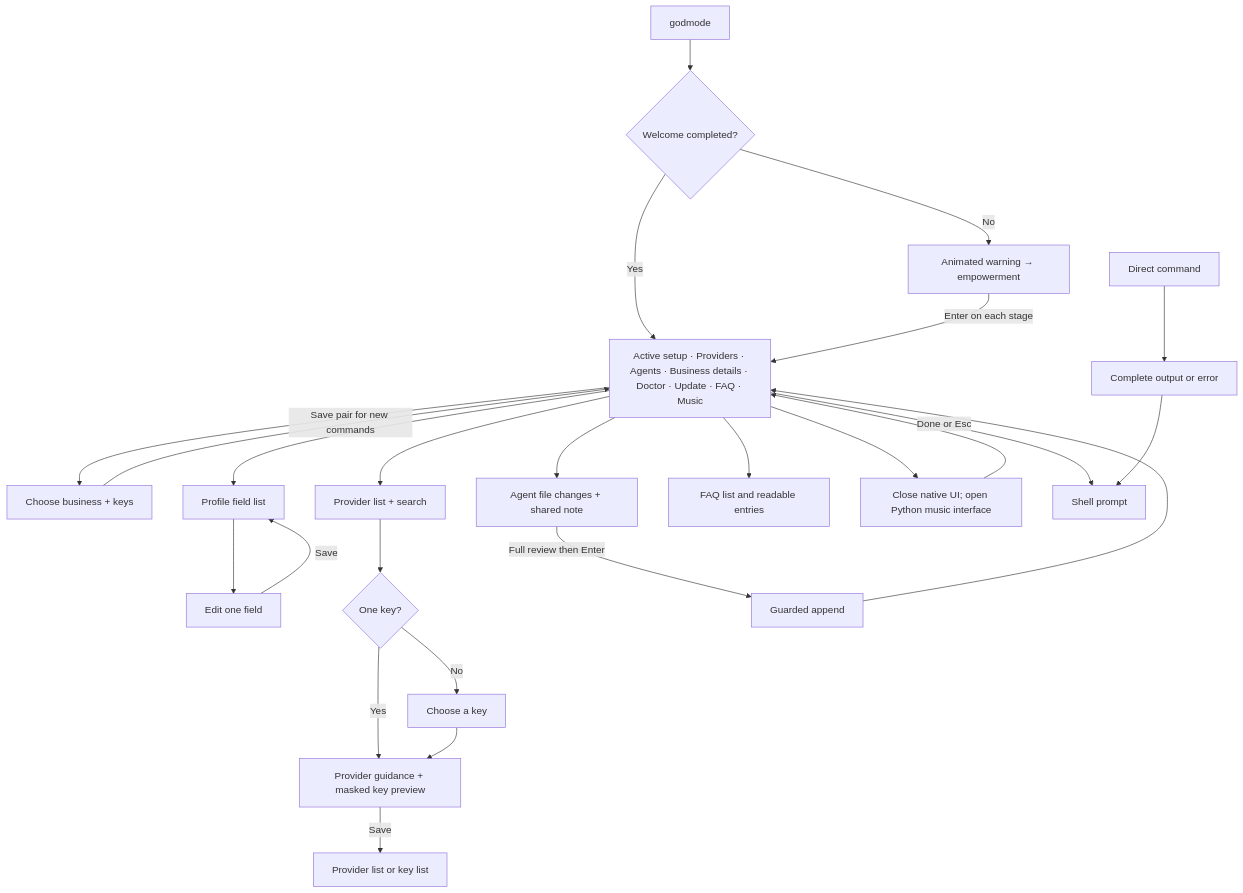
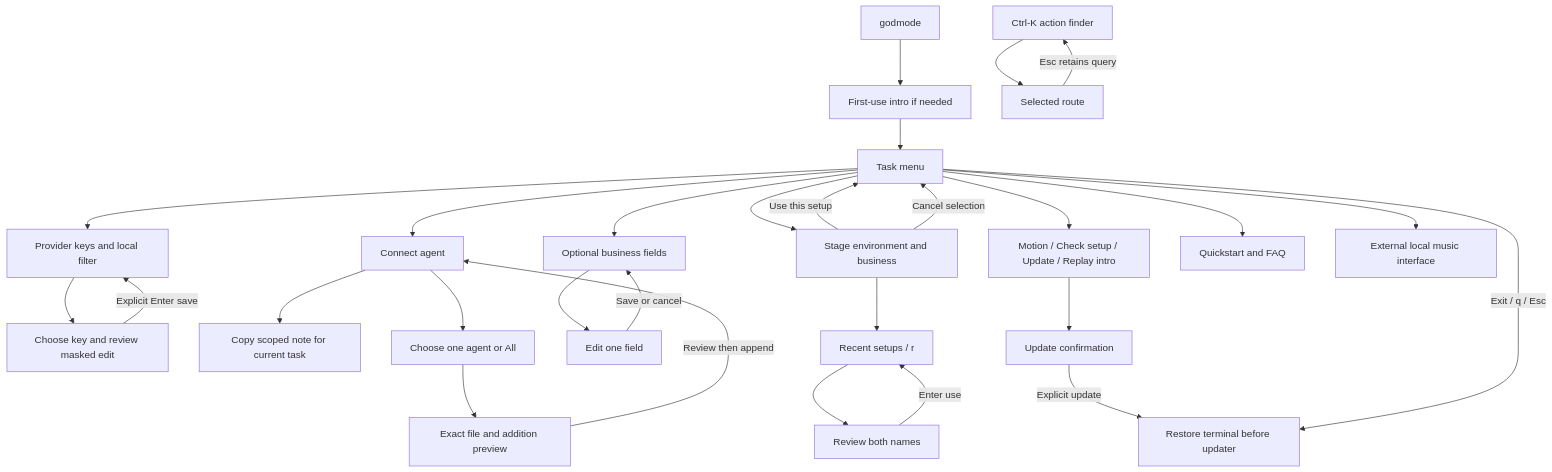
Before and after one commit to lofimichael/godmode-cli: the second of 2 diagrams in docs/dev/CLI_EXPERIENCE.md, drawn with Mermaid. The commit also changed other lines of this file and 748 other files, not shown here.

First line of the commit message:
Improve CLI navigation and add the optional Music Pack

````diff
--- a/docs/dev/CLI_EXPERIENCE.md
+++ b/docs/dev/CLI_EXPERIENCE.md
@@ -50,27 +37,30 @@
 ```mermaid
 flowchart TD
-    Entry[godmode] --> Seen{Welcome completed?}
-    Seen -->|No| Welcome[Animated warning → empowerment]
-    Seen -->|Yes| Home[Active setup · Providers · Agents · Business details · Doctor · Update · FAQ · Music]
-    Welcome -->|Enter on each stage| Home
-    Home --> Active[Choose business + keys]
-    Active -->|Save pair for new commands| Home
-    Home --> Profile[Profile field list]
+    Entry[godmode] --> Welcome[First-use intro if needed]
+    Welcome --> Home[Task menu]
+    Home --> Providers[Provider keys and local filter]
+    Providers --> Input[Choose key and review masked edit]
+    Input -->|Explicit Enter save| Providers
+    Home --> Connect[Connect agent]
+    Connect --> Copy[Copy scoped note for current task]
+    Connect --> Target[Choose one agent or All]
+    Target --> Diff[Exact file and addition preview]
+    Diff -->|Review then append| Connect
+    Home --> Profile[Optional business fields]
     Profile --> Field[Edit one field]
-    Field -->|Save| Profile
-    Home --> Providers[Provider list + search]
-    Providers --> One{One key?}
-    One -->|Yes| Input[Provider guidance + masked key preview]
-    One -->|No| KeyList[Choose a key]
-    KeyList --> Input
-    Input -->|Save| Return[Provider list or key list]
-    Home --> Preview[Agent file changes + shared note]
-    Preview -->|Full review then Enter| Append[Guarded append]
-    Append --> Home
-    Home --> FAQ[FAQ list and readable entries]
-    Home --> Music[Close native UI; open Python music interface]
-    Music --> Home
-    Home -->|Done or Esc| Shell[Shell prompt]
-    Direct[Direct command] --> Result[Complete output or error]
-    Result --> Shell
+    Field -->|Save or cancel| Profile
+    Home --> Switch[Stage environment and business]
+    Switch -->|Use this setup| Home
+    Switch -->|Cancel selection| Home
+    Switch --> Recent[Recent setups / r]
+    Recent --> Pair[Review both names]
+    Pair -->|Enter use| Recent
+    Home --> Settings[Motion / Check setup / Update / Replay intro]
+    Settings --> Confirm[Update confirmation]
+    Confirm -->|Explicit update| Shell[Restore terminal before updater]
+    Home --> Help[Quickstart and FAQ]
+    Home --> Music[External local music interface]
+    Home -->|Exit / q / Esc| Shell
+    Finder[Ctrl-K action finder] --> Destination[Selected route]
+    Destination -->|Esc retains query| Finder
 ```
````
